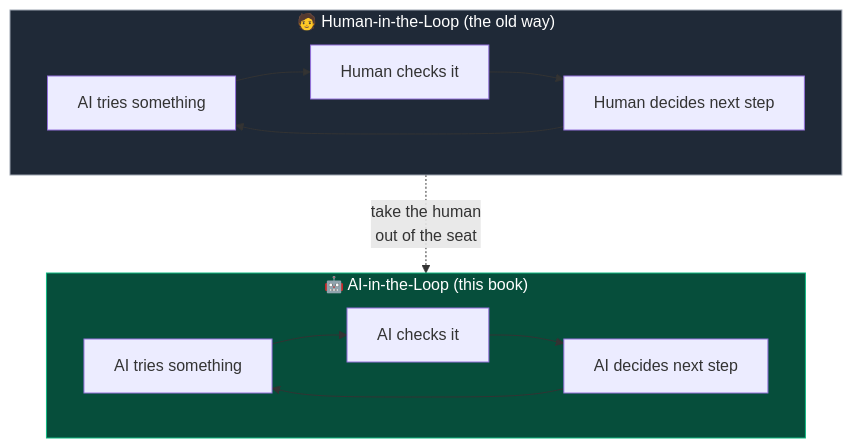
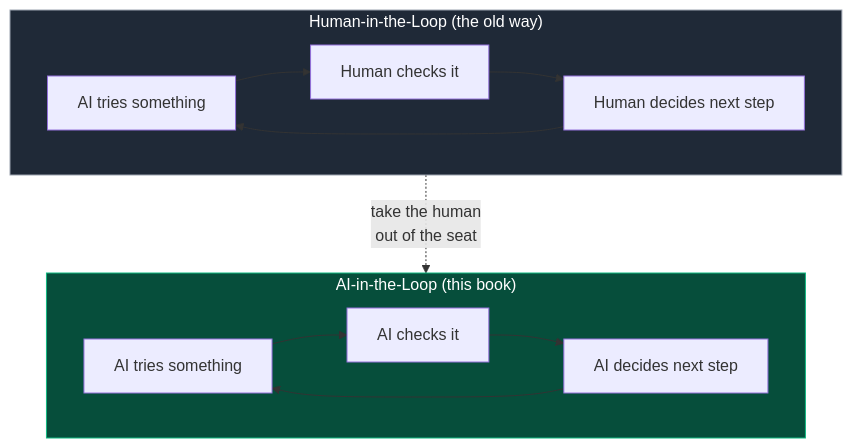
The first of 2 diagrams in book/01-what-is-a-loop.md (m4vic/Autopilot-zero-to-hero), drawn with Mermaid before and after one commit. The commit also changed other lines of this file and 15 other files, not shown here.

````diff
--- a/book/01-what-is-a-loop.md
+++ b/book/01-what-is-a-loop.md
@@ -52,15 +52,15 @@
 ```mermaid
-flowchart TB
-    subgraph HITL["🧑 Human-in-the-Loop (the old way)"]
+    flowchart TB
+    subgraph HITL["Human-in-the-Loop (the old way)"]
         direction LR
         H1[AI tries something] --> H2[Human checks it] --> H3[Human decides next step] --> H1
-    end
-    subgraph AITL["🤖 AI-in-the-Loop (this book)"]
+end
+    subgraph AITL["AI-in-the-Loop (this book)"]
         direction LR
         A1[AI tries something] --> A2[AI checks it] --> A3[AI decides next step] --> A1
-    end
+end
     HITL -.->|"take the human<br/>out of the seat"| AITL
 
     style HITL fill:#1f2937,stroke:#9ca3af,color:#fff
     style AITL fill:#064e3b,stroke:#10b981,color:#fff
 ```
````
